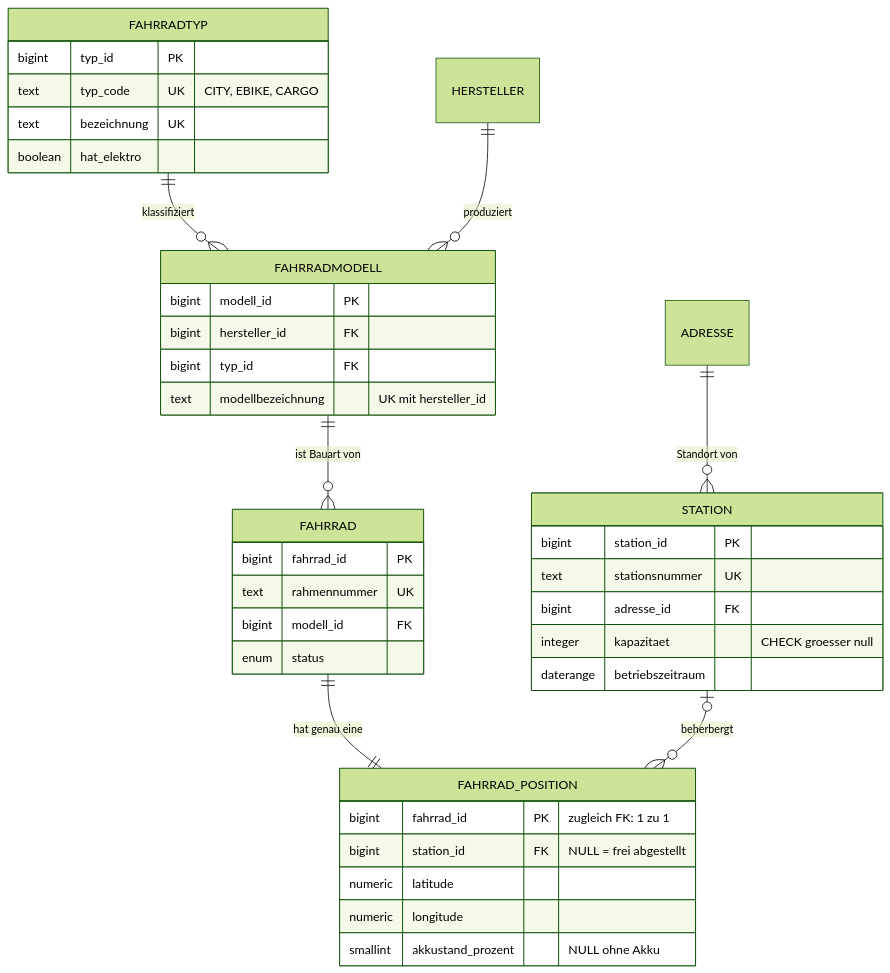
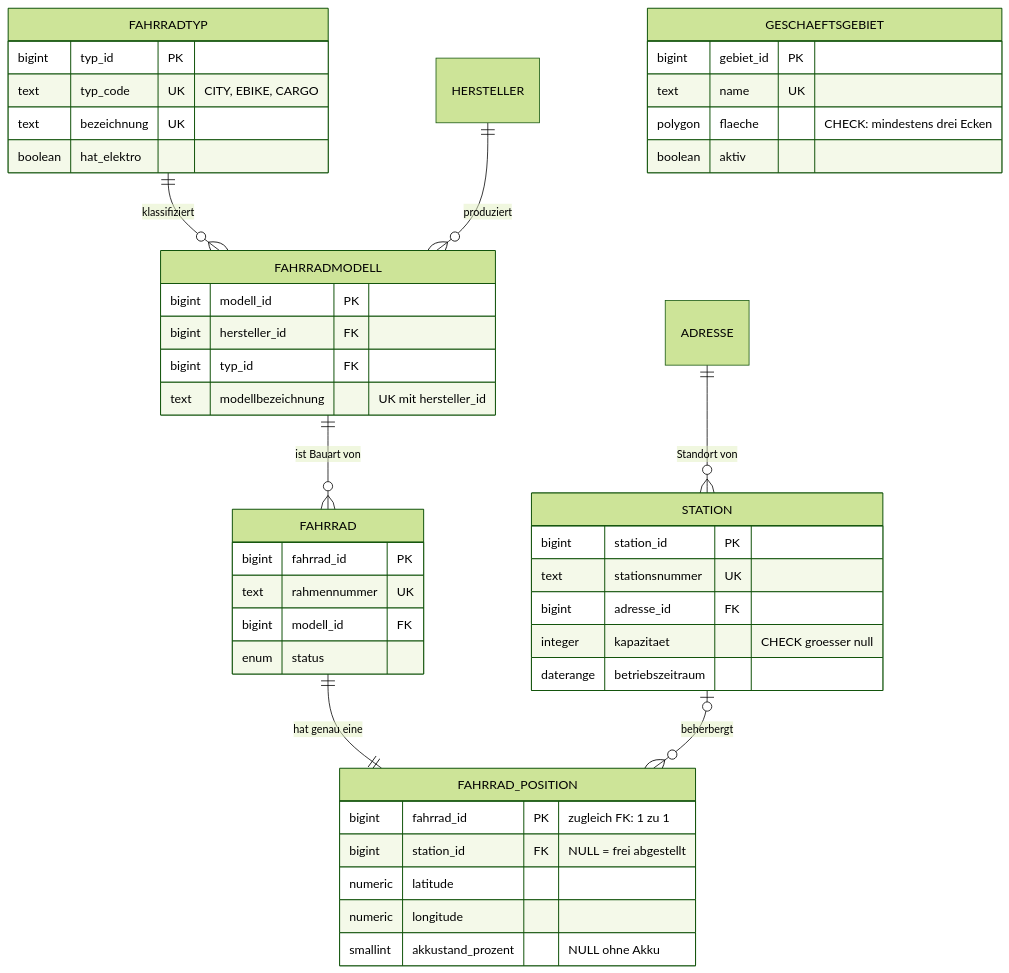
Before and after one commit to swrobuts/velocity-fallstudie: the diagram in doku/datenmodell/erd/rel-b-netz-und-flotte.mmd, drawn with Mermaid (forest theme). The commit also changed 12 other files, not shown here.

```diff
--- a/doku/datenmodell/erd/rel-b-netz-und-flotte.mmd
+++ b/doku/datenmodell/erd/rel-b-netz-und-flotte.mmd
@@ -1,40 +1,46 @@
 erDiagram
     ADRESSE       ||--o{ STATION          : "Standort von"
     FAHRRADTYP    ||--o{ FAHRRADMODELL    : "klassifiziert"
     HERSTELLER    ||--o{ FAHRRADMODELL    : "produziert"
     FAHRRADMODELL ||--o{ FAHRRAD          : "ist Bauart von"
     FAHRRAD       ||--|| FAHRRAD_POSITION : "hat genau eine"
     STATION       |o--o{ FAHRRAD_POSITION : "beherbergt"
 
     STATION {
         bigint    station_id     PK
         text      stationsnummer UK
         bigint    adresse_id     FK
         integer   kapazitaet     "CHECK groesser null"
         daterange betriebszeitraum
     }
     FAHRRADTYP {
         bigint typ_id      PK
         text   typ_code    UK "CITY, EBIKE, CARGO"
         text   bezeichnung UK
         boolean hat_elektro
     }
     FAHRRADMODELL {
         bigint modell_id         PK
         bigint hersteller_id     FK
         bigint typ_id            FK
         text   modellbezeichnung "UK mit hersteller_id"
     }
     FAHRRAD {
         bigint fahrrad_id   PK
         text   rahmennummer UK
         bigint modell_id    FK
         enum   status
     }
     FAHRRAD_POSITION {
         bigint   fahrrad_id PK "zugleich FK: 1 zu 1"
         bigint   station_id FK "NULL = frei abgestellt"
         numeric  latitude
         numeric  longitude
         smallint akkustand_prozent "NULL ohne Akku"
     }
+    GESCHAEFTSGEBIET {
+        bigint  gebiet_id PK
+        text    name      UK
+        polygon flaeche   "CHECK: mindestens drei Ecken"
+        boolean aktiv
+    }
```
